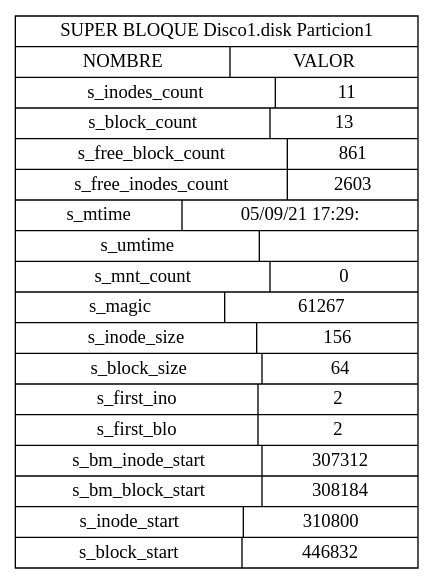
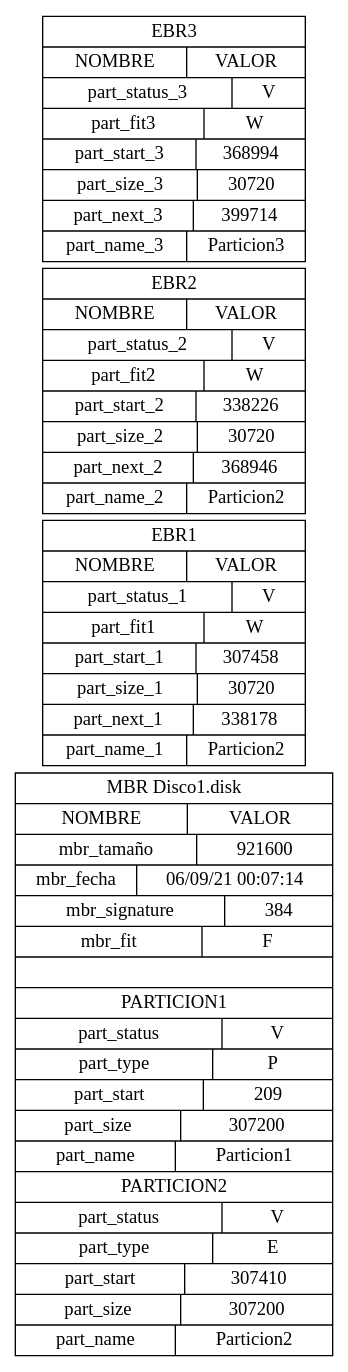
The diagram in MIA_P1/cmake-build-debug/archivoDot1.dot (diemorales96/MIA_P1_201503958), drawn with Graphviz before and after one commit. The commit also changed 10 other files, not shown here.

```diff
--- a/MIA_P1/cmake-build-debug/archivoDot1.dot
+++ b/MIA_P1/cmake-build-debug/archivoDot1.dot
@@ -1,6 +1,9 @@
 digraph MBR{
   nodesep=.05
 rankdir=LR
 node [shape=record,width=.1,height=.1]
-Nodo0 [label = " SUPER BLOQUE Disco1.disk Particion1| {NOMBRE | VALOR}|{ s_inodes_count | 11 }|{ s_block_count  | 13 }|{ s_free_block_count | 861 }|{ s_free_inodes_count | 2603 }|{ s_mtime | 05/09/21 17:29: }|{ s_umtime |  }|{ s_mnt_count | 0 }|{ s_magic | 61267 }|{ s_inode_size | 156 }|{ s_block_size | 64 }|{ s_first_ino | 2 }|{ s_first_blo | 2 }|{ s_bm_inode_start | 307312 }|{ s_bm_block_start | 308184 }|{ s_inode_start | 310800 }|{ s_block_start | 446832 }"]
+Nodo0 [label = " MBR Disco1.disk| {NOMBRE | VALOR}|{ mbr_tamaño | 921600 }|{ mbr_fecha  | 06/09/21 00:07:14 }|{ mbr_signature | 384 }|{ mbr_fit | F }||PARTICION1|{part_status | V }|{part_type | P }|{part_start | 209 }|{part_size | 307200 }|{part_name | Particion1 }|PARTICION2|{part_status | V }|{part_type | E }|{part_start | 307410 }|{part_size | 307200 }|{part_name | Particion2 }"]
+nodo1 [label="EBR1|{NOMBRE|VALOR}|{ part_status_1|V}|{ part_fit1|W}|{ part_start_1|307458}|{ part_size_1|30720}|{ part_next_1|338178}|{ part_name_1|Particion2}"];
+nodo2 [label="EBR2|{NOMBRE|VALOR}|{ part_status_2|V}|{ part_fit2|W}|{ part_start_2|338226}|{ part_size_2|30720}|{ part_next_2|368946}|{ part_name_2|Particion2}"];
+nodo3 [label="EBR3|{NOMBRE|VALOR}|{ part_status_3|V}|{ part_fit3|W}|{ part_start_3|368994}|{ part_size_3|30720}|{ part_next_3|399714}|{ part_name_3|Particion3}"];
 }
```
